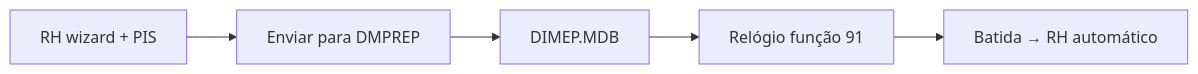
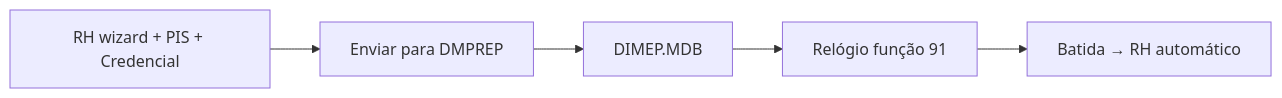
Before and after one commit to luizeduapagnussatti-lgtm/RH_eletropasso: the first of 2 diagrams in services/dmprep-sync/docs/dmprep-lifecycle.md, drawn with Mermaid. The commit also changed other lines of this file and 22 other files, not shown here.

First line of the commit message:
feat(employees): separate clock Credencial from PIS

````diff
--- a/services/dmprep-sync/docs/dmprep-lifecycle.md
+++ b/services/dmprep-sync/docs/dmprep-lifecycle.md
@@ -11,7 +18,7 @@
 ```mermaid
 flowchart LR
-  RH[RH wizard + PIS] --> Export[Enviar para DMPREP]
+  RH[RH wizard + PIS + Credencial] --> Export[Enviar para DMPREP]
   Export --> MDB[DIMEP.MDB]
   MDB --> Clock["Relógio função 91"]
   Clock --> Punch[Batida → RH automático]
 ```
````
